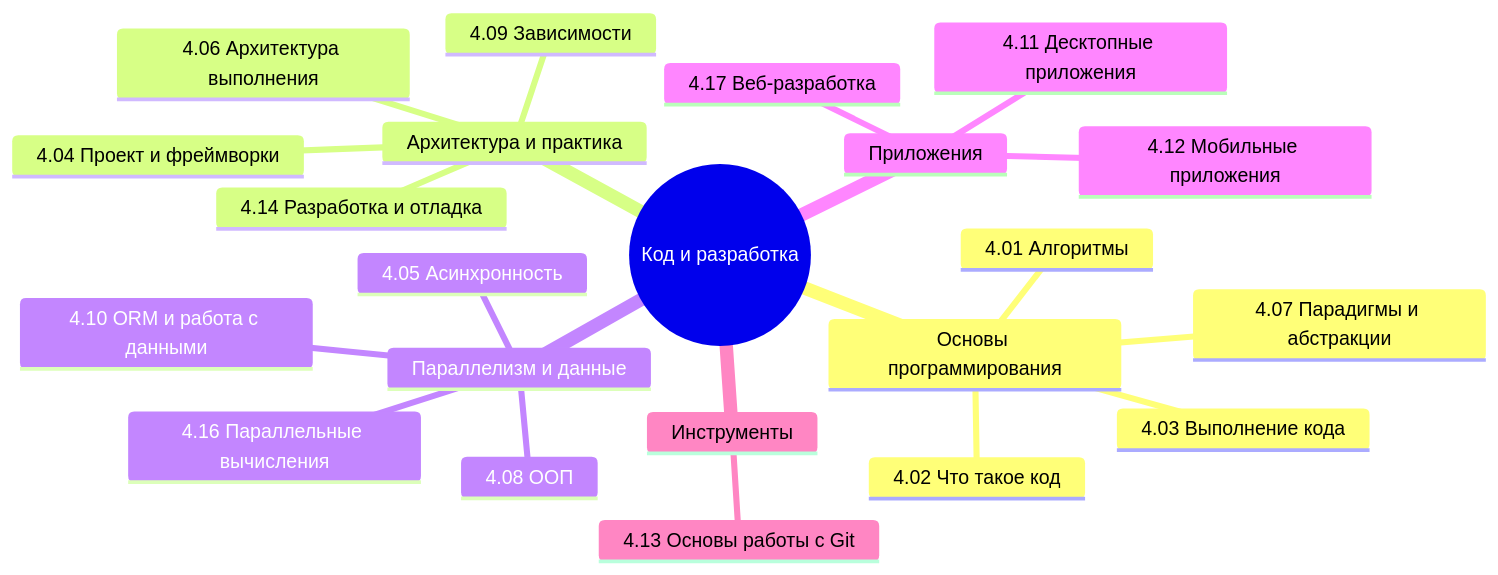
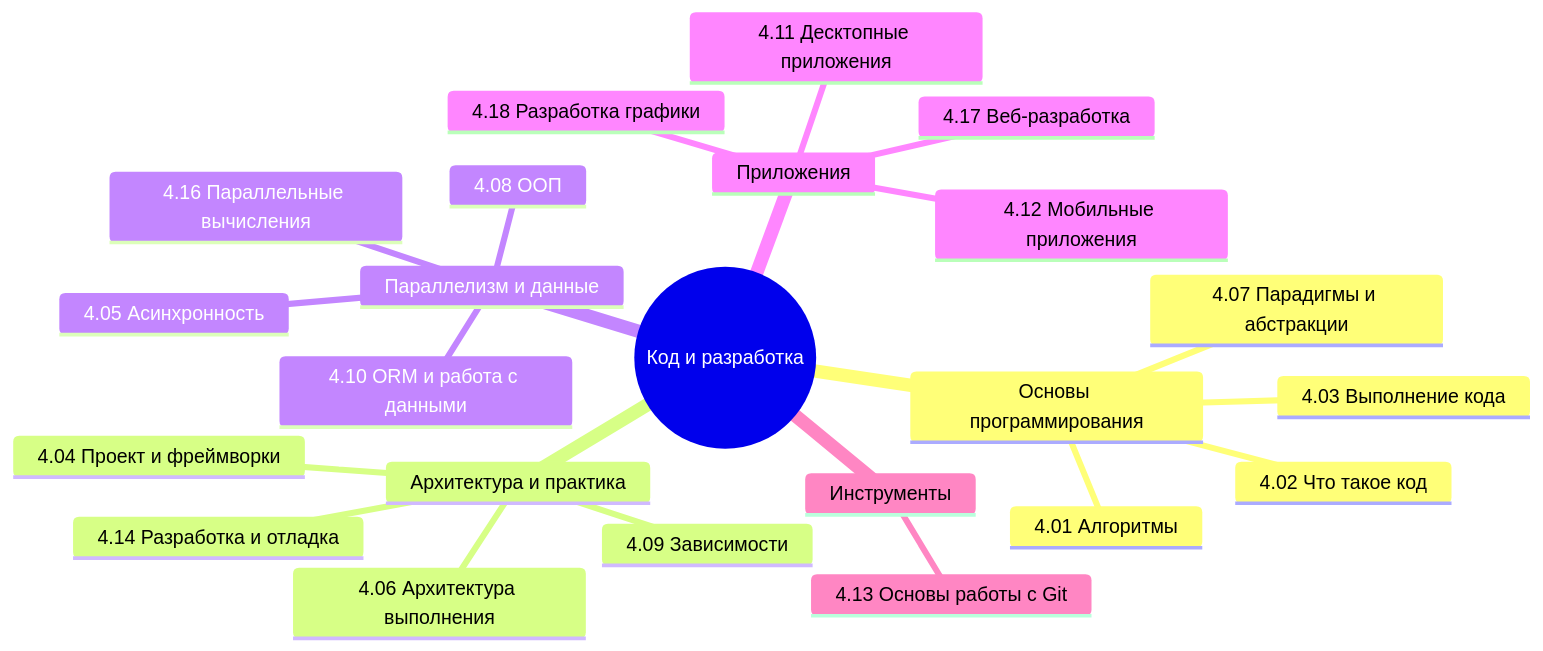
Before and after one commit to Spirzen/it-knowledge-base: the second of 2 diagrams in docs/encyclopedia/4-code-dev/code-dev.md, drawn with Mermaid. The commit also changed other lines of this file and 199 other files, not shown here.

````diff
--- a/docs/encyclopedia/4-code-dev/code-dev.md
+++ b/docs/encyclopedia/4-code-dev/code-dev.md
@@ -143,25 +145,26 @@
 ```mermaid
 mindmap
   root((Код и разработка))
     Основы программирования
       4.01 Алгоритмы
       4.02 Что такое код
       4.03 Выполнение кода
       4.07 Парадигмы и абстракции
     Архитектура и практика
       4.04 Проект и фреймворки
       4.06 Архитектура выполнения
       4.09 Зависимости
       4.14 Разработка и отладка
     Параллелизм и данные
       4.05 Асинхронность
       4.16 Параллельные вычисления
       4.08 ООП
       4.10 ORM и работа с данными
     Приложения
       4.11 Десктопные приложения
       4.12 Мобильные приложения
       4.17 Веб-разработка
+      4.18 Разработка графики
     Инструменты
       4.13 Основы работы с Git
 ```
````
